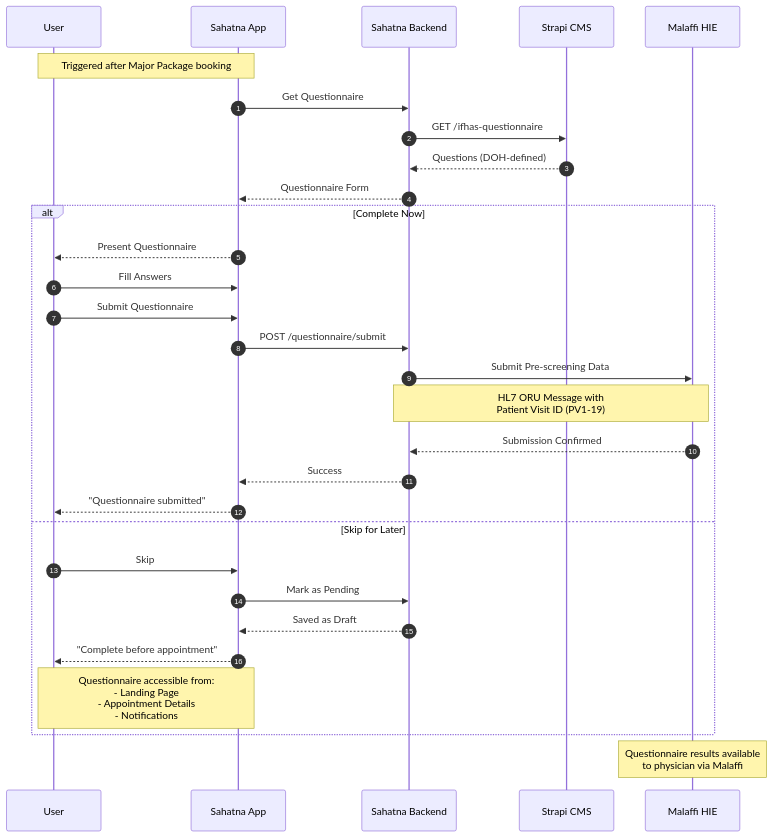
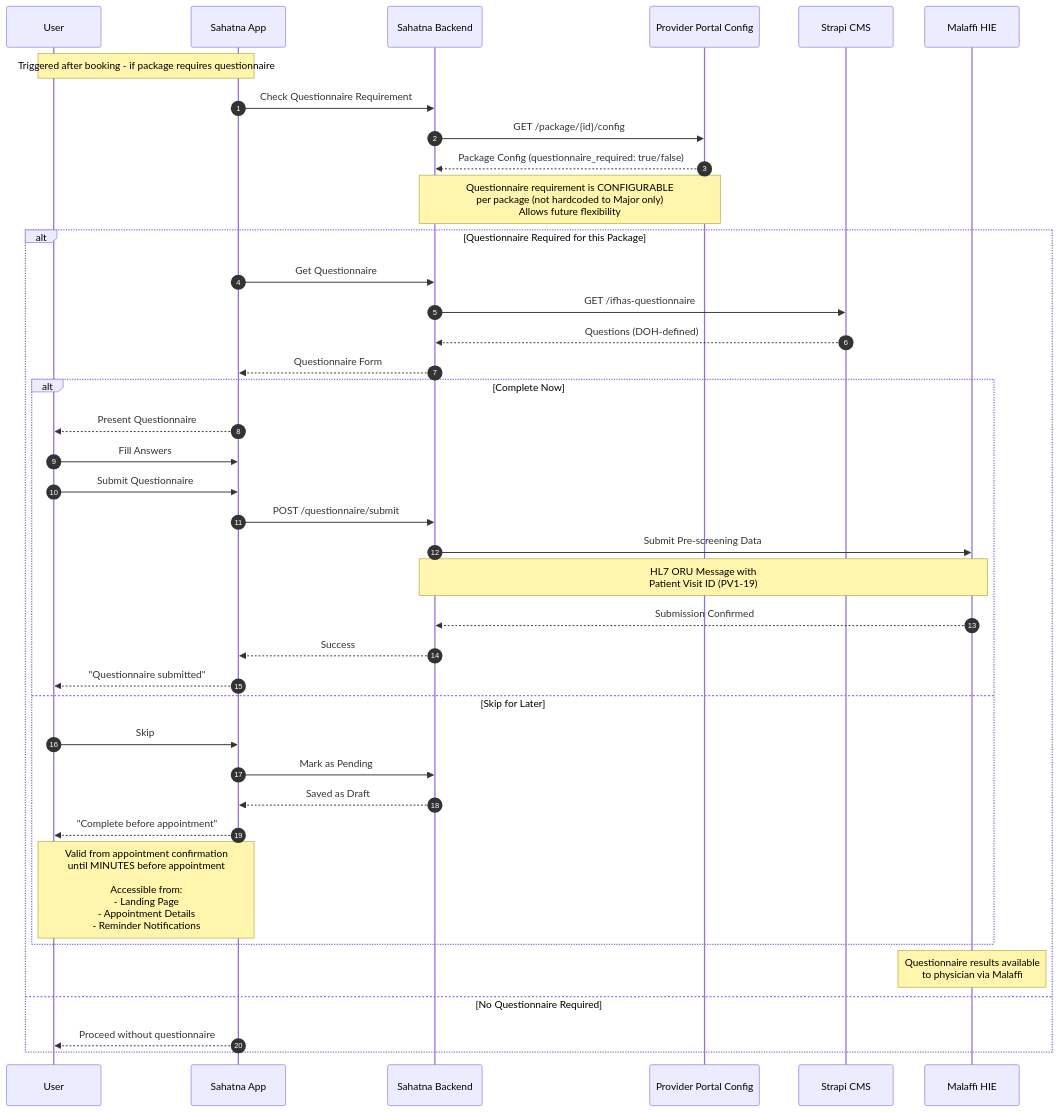
Before and after one commit to shlapolosa/local-ai-packaged: the seventh of 11 diagrams in IFHAS_Sequence_Diagrams.md, drawn with Mermaid. The commit also changed other lines of this file and 1 other file, not shown here.

````diff
--- a/IFHAS_Sequence_Diagrams.md
+++ b/IFHAS_Sequence_Diagrams.md
@@ -221,37 +279,47 @@
 ```mermaid
 sequenceDiagram
     autonumber
     participant U as User
     participant SA as Sahatna App
     participant BE as Sahatna Backend
+    participant PP as Provider Portal Config
     participant ST as Strapi CMS
     participant M as Malaffi HIE
 
-    Note over U,SA: Triggered after Major Package booking
+    Note over U,SA: Triggered after booking - if package requires questionnaire
 
-    SA->>BE: Get Questionnaire
-    BE->>ST: GET /ifhas-questionnaire
-    ST-->>BE: Questions (DOH-defined)
-    BE-->>SA: Questionnaire Form
+    %% Check if questionnaire required (configurable per package)
+    SA->>BE: Check Questionnaire Requirement
+    BE->>PP: GET /package/{id}/config
+    PP-->>BE: Package Config (questionnaire_required: true/false)
+    Note over PP,BE: Questionnaire requirement is CONFIGURABLE<br/>per package (not hardcoded to Major only)<br/>Allows future flexibility
 
-    alt Complete Now
-        SA-->>U: Present Questionnaire
-        U->>SA: Fill Answers
-        U->>SA: Submit Questionnaire
-        SA->>BE: POST /questionnaire/submit
-        BE->>M: Submit Pre-screening Data
-        Note over BE,M: HL7 ORU Message with<br/>Patient Visit ID (PV1-19)
-        M-->>BE: Submission Confirmed
-        BE-->>SA: Success
-        SA-->>U: "Questionnaire submitted"
-    else Skip for Later
-        U->>SA: Skip
-        SA->>BE: Mark as Pending
-        BE-->>SA: Saved as Draft
-        SA-->>U: "Complete before appointment"
+    alt Questionnaire Required for this Package
+        SA->>BE: Get Questionnaire
+        BE->>ST: GET /ifhas-questionnaire
+        ST-->>BE: Questions (DOH-defined)
+        BE-->>SA: Questionnaire Form
 
-        Note over U,SA: Questionnaire accessible from:<br/>- Landing Page<br/>- Appointment Details<br/>- Notifications
+        alt Complete Now
+            SA-->>U: Present Questionnaire
+            U->>SA: Fill Answers
+            U->>SA: Submit Questionnaire
+            SA->>BE: POST /questionnaire/submit
+            BE->>M: Submit Pre-screening Data
+            Note over BE,M: HL7 ORU Message with<br/>Patient Visit ID (PV1-19)
+            M-->>BE: Submission Confirmed
+            BE-->>SA: Success
+            SA-->>U: "Questionnaire submitted"
+        else Skip for Later
+            U->>SA: Skip
+            SA->>BE: Mark as Pending
+            BE-->>SA: Saved as Draft
+            SA-->>U: "Complete before appointment"
+            Note over U,SA: Valid from appointment confirmation<br/>until MINUTES before appointment<br/><br/>Accessible from:<br/>- Landing Page<br/>- Appointment Details<br/>- Reminder Notifications
+        end
+
+        Note over M: Questionnaire results available<br/>to physician via Malaffi
+    else No Questionnaire Required
+        SA-->>U: Proceed without questionnaire
     end
-
-    Note over M: Questionnaire results available<br/>to physician via Malaffi
 ```
````
